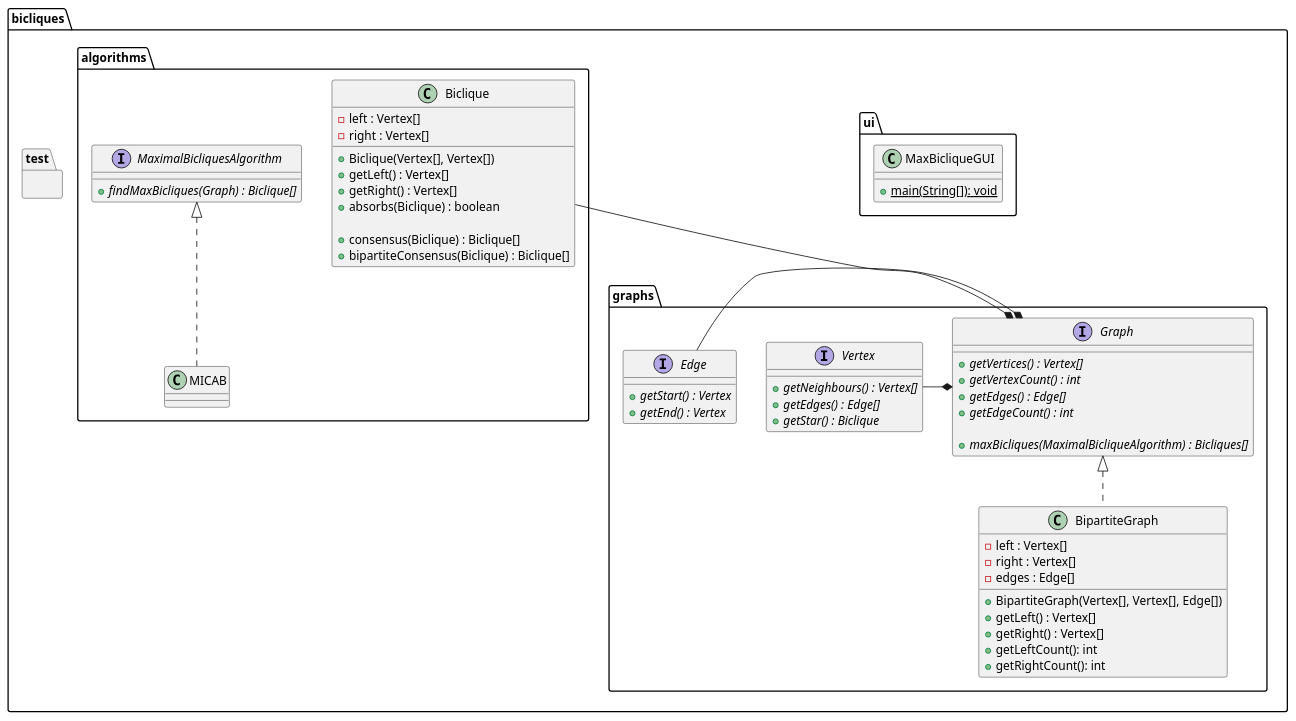
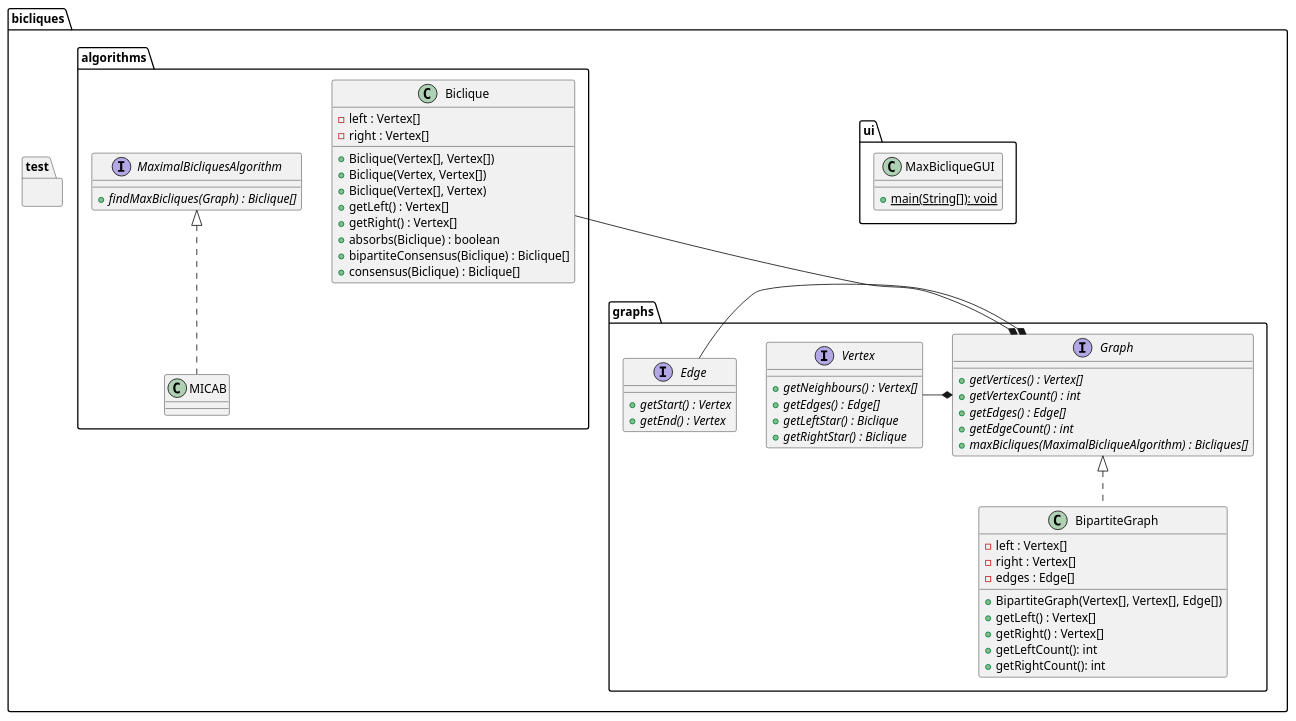
Before and after one commit to wirmius/max_bicliques: the diagram in class_diagram.puml, drawn with PlantUML.

Commit message:
class diagram: some refinements: getLeft/RightStar(), different constructors for  Biclicque, definition for consensus and absorbs methods

```diff
--- a/class_diagram.puml
+++ b/class_diagram.puml
@@ -20,146 +20,174 @@
 @startuml
 
 package bicliques {
 
 ' The graph section
 package bicliques.graphs {
 
   interface Graph {
     {method}{abstract} + getVertices() : Vertex[]
     {method}{abstract} + getVertexCount() : int
     {method}{abstract} + getEdges() : Edge[]
     {method}{abstract} + getEdgeCount() : int
-
 /'
 I don't think these two methods should be in the general graph interface.
 The maximum biclique algorithm class should be the one owning the graph
 class and not the other way around. - MI
 
 I do not agree (but maybe I do not understand the whole thing ;-).
 I would implement the strategy design pattern, but one can do that in one line...
 Improvement: Now in every call of maxBicliques one can choose
 the proper algorithm directly. -RK
-
 '/
     {method}{abstract} + maxBicliques(MaximalBicliqueAlgorithm) : Bicliques[]
   }
 
+/'
+I think that we need define separate Vertexs for right and left Neighbours. -HS
+
+Hadi, first I have displaced your comment for better fitting.
+Second, I don't think it is necessary to distinguish between left and right vertices. -RK
+'/
   interface Vertex {
     {method}{abstract} + getNeighbours() : Vertex[]
     {method}{abstract} + getEdges() : Edge[]
-    {method}{abstract} + getStar() : Biclique
+	/'
+	 ' For improvements concerning bipartite graphs it is important to decide
+	 ' if the single vertex is situated in left or in right set of vertices.
+	 ' I think the easiest way is to provide two public methods
+	 ' (internally there could be one method doing the job).
+	 -RK
+	'/
+	/' Vertex v -> Biclique ({v}, v.getNeighbours()) -RK'/
+    {method}{abstract} + getLeftStar() : Biclique
+	/' Vertex v -> Biclique (v.getNeighbours(), {v}) -RK'/
+    {method}{abstract} + getRightStar() : Biclique
   }
   
   interface Edge {
     {method}{abstract} + getStart() : Vertex
     {method}{abstract} + getEnd() : Vertex
   }
 
   Vertex -* Graph
   Edge -* Graph
   
   class BipartiteGraph {
     {field} - left : Vertex[]
     {field} - right : Vertex[]
     {field} - edges : Edge[]
     {method} + BipartiteGraph(Vertex[], Vertex[], Edge[])
     {method} + getLeft() : Vertex[]
     {method} + getRight() : Vertex[]
     {method} + getLeftCount(): int
     {method} + getRightCount(): int
   }
   
   Graph <|.. BipartiteGraph
   
 }
 
 
 ' The UI section
 package bicliques.ui {
 
 /'
 For the UI part I say we need to come up with something, that can read in
 the text files (I don't want to be copying and pasting stuff in the windows
 every time I use it). - MI.
 
 So do I. In my suggested screenshot of a possible UI the menu would provide
 - Input: load (from file) or from input in window
 - Output: save (to file)
 - Algorithm: choose between several implemented ones
 - Help: Description of algorithms and the common "About".
 -RK
-
-I think that we need define separate Vertexs for right and left Neighbours. -HS
-
 '/
 
   class MaxBicliqueGUI {
     {method}{static} + main(String[]): void
   }
 }
 
 ' The algorithms section
 package bicliques.algorithms {
 
   class Biclique {
     {field} - left : Vertex[]
     {field} - right : Vertex[]
 /'
 Why should we need access to a graph from a biclique? -RK
 
 Because the bicliques are defined by the graph, more or less.
 To me it makes sense in term of program logic.
 Put it back in if you agree. - MI
 
 I'm not convinced. Can you explain in detail? -RK
 
 '    {field} - graph : Graph
 '/
+	/' constructors for different cases -RK'/
 	{method} + Biclique(Vertex[], Vertex[])
+	{method} + Biclique(Vertex, Vertex[])
+	{method} + Biclique(Vertex[], Vertex)
     {method} + getLeft() : Vertex[]
     {method} + getRight() : Vertex[]
 /'
 Why should we need access to a graph from a biclique? -RK
 '    {method} + getGraph() : Graph[] --o Graph
 '/
-    {method} + absorbs(Biclique) : boolean
-    
+    {method} + absorbs(Biclique) : boolean    
 /'
 Changed method adjunction to consensus (I think you meant that didn't you?).
 For bipartite graphs only the half of the consensuses is needed,
 so there is an additional method. -RK
 '/
+	/'
+	 ' Starting from bicliques B1 = (X1, Y1) and B2 = (X2, Y2)
+	 ' method should return the following bicliques (if intersection is not empty):
+	 ' - (X1 intersect X2, Y1 union Y2)
+	 ' - (X1 union X2, Y1 intersect Y2)
+	 -RK
+	'/
+    {method} + bipartiteConsensus(Biclique) : Biclique[]
+	/'
+	 ' Starting from bicliques B1 = (X1, Y1) and B2 = (X2, Y2)
+	 ' method should return the following bicliques (if intersection is not empty):
+	 ' - all the bicliques generated by bipartiteConsensus
+	 ' - (X1 intersect Y2, X2 union Y1)
+	 ' - (X1 union Y2, X2 intersect Y1)
+	 -RK
+	'/
     {method} + consensus(Biclique) : Biclique[]
-    {method} + bipartiteConsensus(Biclique) : Biclique[]
   }
 
   Biclique --* Graph
 
   interface MaximalBicliquesAlgorithm {
     {method}{abstract} + findMaxBicliques(Graph) : Biclique[]
   }
 
   /'
   MICA algorithm improved for bipartite graphs. -RK
   '/
   class MICAB {
   }
   
   MaximalBicliquesAlgorithm <|.. MICAB
   
 }
 
 package bicliques.test {
 
 /'
 The testing that we will need. I say we use junit 4 or 5
 to make it more streamlined. -MI
 I agree. -RK
 I agree. -HS
 '/
 
 }
 
 }
 
 @enduml
```
